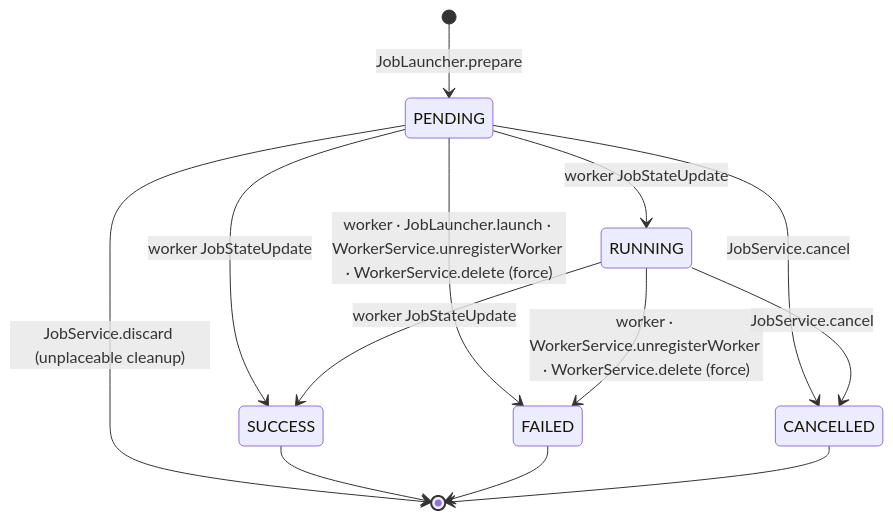
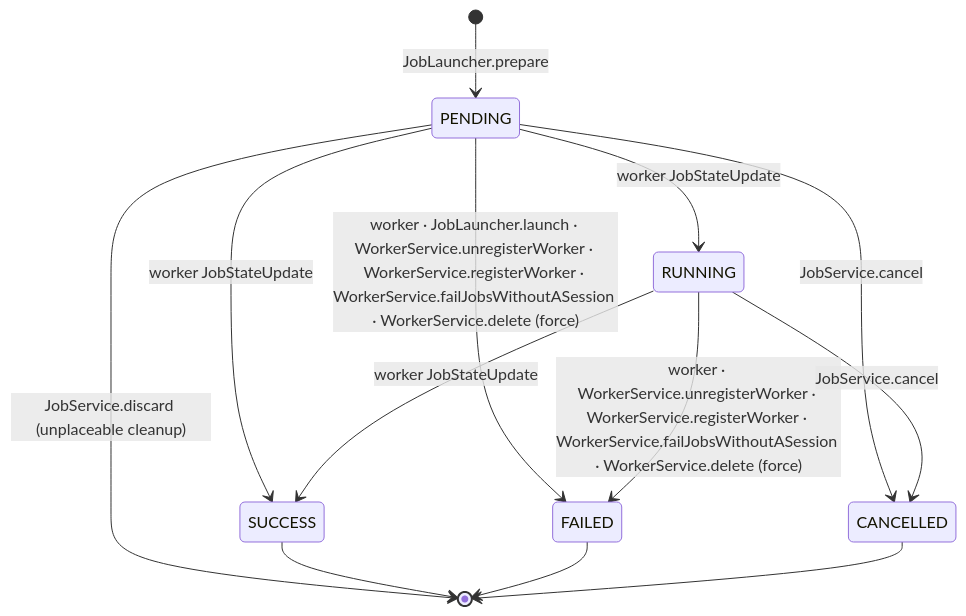
Before and after one commit to iceBear67/prts-central: the third of 3 diagrams in agent-docs/job-lifecycle.md, drawn with Mermaid. The commit also changed other lines of this file and 21 other files, not shown here.

````diff
--- a/agent-docs/job-lifecycle.md
+++ b/agent-docs/job-lifecycle.md
@@ -89,15 +89,15 @@
 ```mermaid
 stateDiagram-v2
     [*] --> PENDING: JobLauncher.prepare
     PENDING --> RUNNING: worker JobStateUpdate
     PENDING --> SUCCESS: worker JobStateUpdate
-    PENDING --> FAILED: worker · JobLauncher.launch · WorkerService.unregisterWorker · WorkerService.delete (force)
+    PENDING --> FAILED: worker · JobLauncher.launch · WorkerService.unregisterWorker · WorkerService.registerWorker · WorkerService.failJobsWithoutASession · WorkerService.delete (force)
     PENDING --> CANCELLED: JobService.cancel
     PENDING --> [*]: JobService.discard (unplaceable cleanup)
     RUNNING --> SUCCESS: worker JobStateUpdate
-    RUNNING --> FAILED: worker · WorkerService.unregisterWorker · WorkerService.delete (force)
+    RUNNING --> FAILED: worker · WorkerService.unregisterWorker · WorkerService.registerWorker · WorkerService.failJobsWithoutASession · WorkerService.delete (force)
     RUNNING --> CANCELLED: JobService.cancel
     SUCCESS --> [*]
     FAILED --> [*]
     CANCELLED --> [*]
 ```
````
